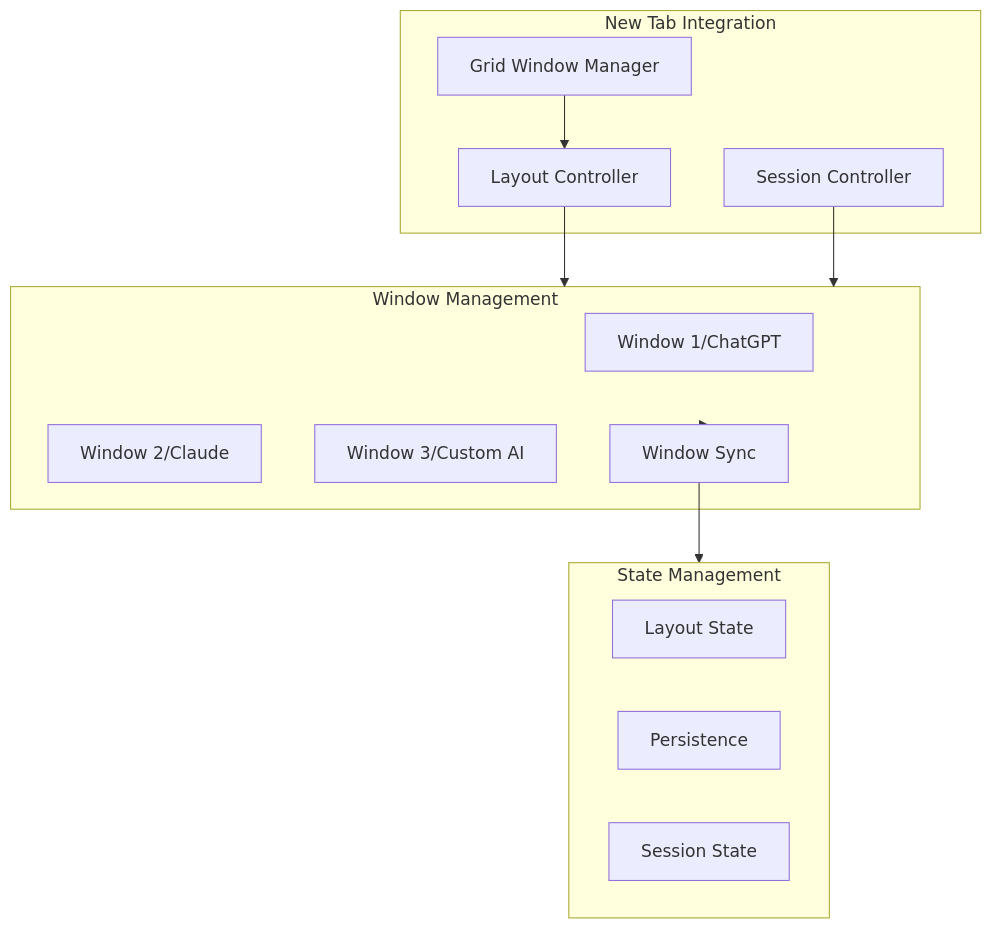
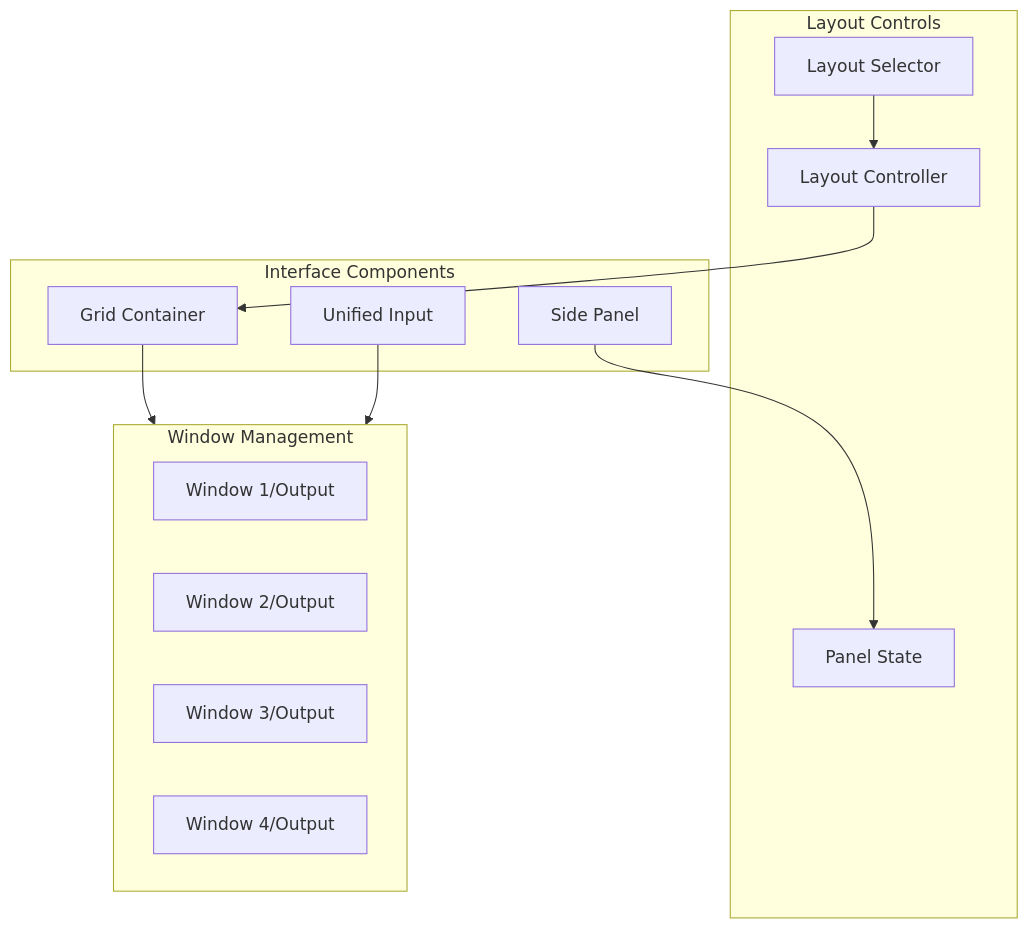
One commit to JieYanTIBCO/aigrid changed the second of 27 diagrams in AIGrid Product Requirements Document.md. Above: the diagram before and after it, drawn with Mermaid. The commit also changed other lines of this file and 10 other files, not shown here.

````diff
--- a/AIGrid Product Requirements Document.md
+++ b/AIGrid Product Requirements Document.md
@@ -88,27 +72,27 @@
 ```mermaid
 graph TD
-    subgraph ChromeTab[New Tab Integration]
-        GW[Grid Window Manager]
+    subgraph Interface[Interface Components]
+        SP[Side Panel]
+        GC[Grid Container]
+        UI[Unified Input]
+    end
+    
+    subgraph Controls[Layout Controls]
         LC[Layout Controller]
-        SC[Session Controller]
+        LS[Layout Selector]
+        PS[Panel State]
     end
     
     subgraph Windows[Window Management]
-        W1[Window 1/ChatGPT]
-        W2[Window 2/Claude]
-        W3[Window 3/Custom AI]
-        WS[Window Sync]
+        W1[Window 1/Output]
+        W2[Window 2/Output]
+        W3[Window 3/Output]
+        W4[Window 4/Output]
     end
     
-    subgraph State[State Management]
-        LS[Layout State]
-        PS[Persistence]
-        SS[Session State]
-    end
-    
-    GW --> LC
-    LC --> Windows
-    SC --> Windows
-    Windows --> WS
-    WS --> State
+    SP --> PS
+    LS --> LC
+    LC --> GC
+    GC --> Windows
+    UI --> Windows
 ```
````
